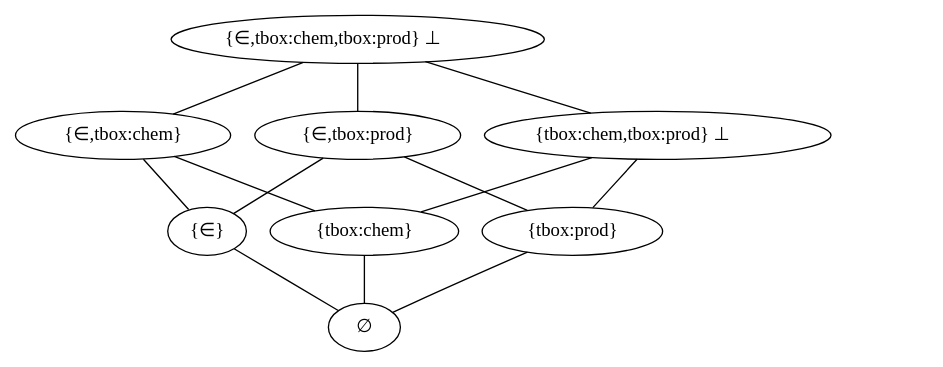
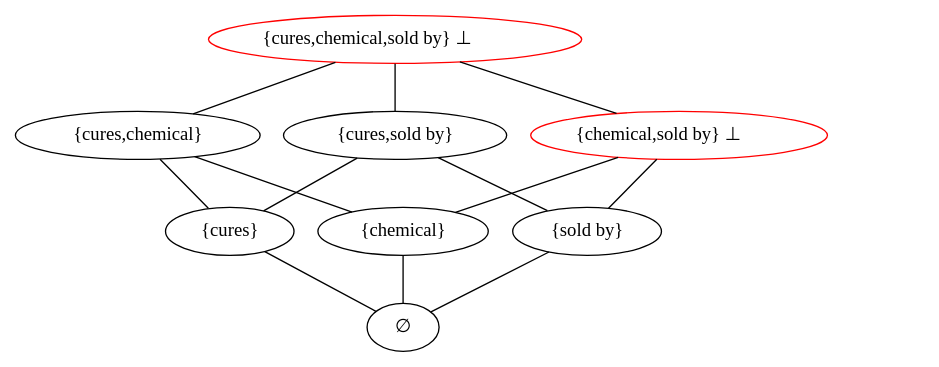
One commit to wouterbeek/wouterbeek.github.io changed the diagram in img/lattice.dot. Above: the diagram before and after it, drawn with Graphviz. The commit also changed 17 other files, not shown here.

```diff
--- a/img/lattice.dot
+++ b/img/lattice.dot
@@ -1,35 +1,35 @@
 digraph example {
   edge [arrowhead="none"];
 
-  xyz  [label=<{∈,tbox:chem,tbox:prod} ⊥>];
-  xy   [label="{∈,tbox:chem}"];
-  xz   [label="{∈,tbox:prod}"];
-  yz   [label=<{tbox:chem,tbox:prod} ⊥>];
-  x    [label="{∈}"];
-  y    [label="{tbox:chem}"];
-  z    [label="{tbox:prod}"];
+  xyz  [color=red,label=<{cures,chemical,sold by} ⊥>];
+  xy   [label="{cures,chemical}"];
+  xz   [label="{cures,sold by}"];
+  yz   [color=red,label=<{chemical,sold by} ⊥>];
+  x    [label="{cures}"];
+  y    [label="{chemical}"];
+  z    [label="{sold by}"];
   zero [label="∅"];
 
   {rank=same; r1 xyz}
   {rank=same; r2 xy xz yz}
   {rank=same; r3 x y z}
   {rank=same; r4 zero}
 
   r1 [label="",shape="none"];
   r2 [label="",shape="none"];
   r3 [label="",shape="none"];
   r4 [label="",shape="none"];
 
   xyz -> xy;
   xyz -> xz;
   xyz -> yz;
   xy  -> x;
   xy  -> y;
   xz  -> x;
   xz  -> z;
   yz  -> y;
   yz  -> z;
   x   -> zero;
   y   -> zero;
   z   -> zero;
 }
```
